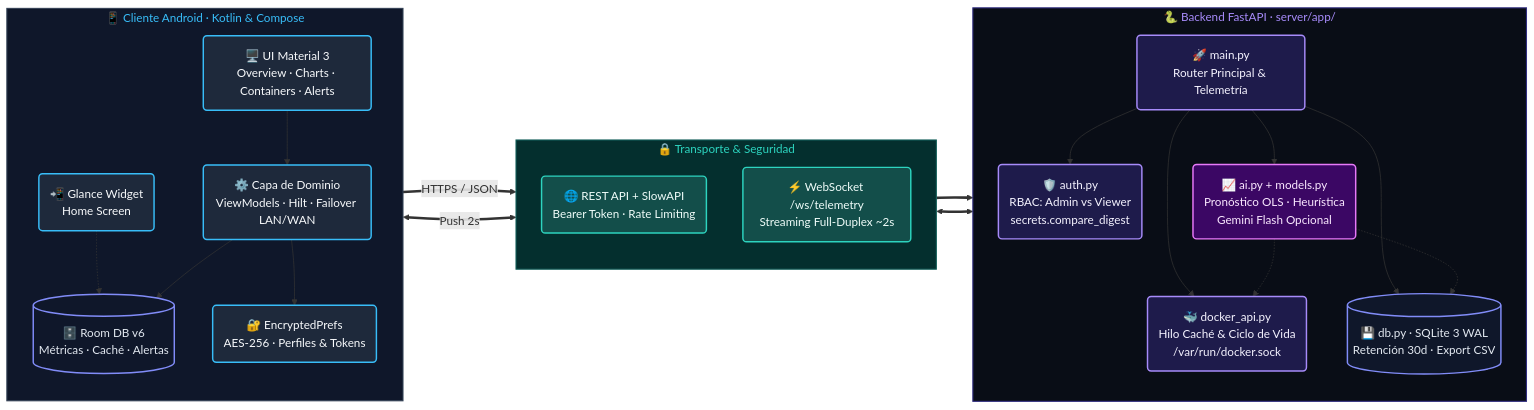
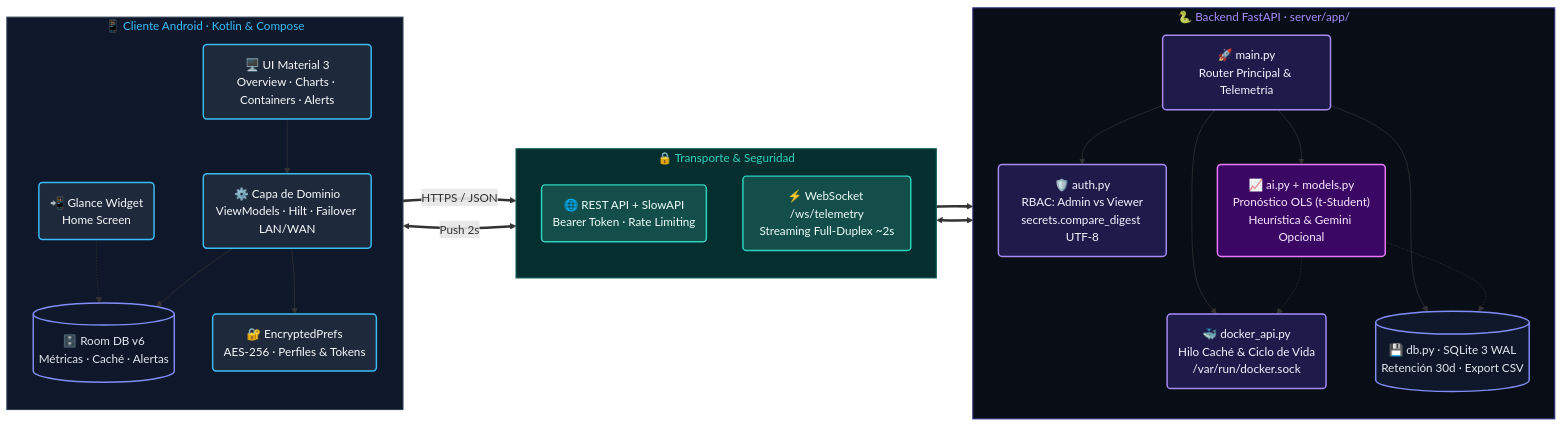
Before and after one commit to Rcarme/UdelaCiudad: the diagram in README.md, drawn with Mermaid. The commit also changed other lines of this file and 9 other files, not shown here.

Commit message:
fix(server): corregir bugs en auth/ai, aplicar t-Student y R2 en OLS, y agregar capturas en assets

````diff
--- a/README.md
+++ b/README.md
@@ -30,59 +47,59 @@
 ```mermaid
 flowchart LR
     subgraph ANDROID ["📱 Cliente Android · Kotlin & Compose"]
         direction TB
         UI("🖥️ UI Material 3<br/>Overview · Charts · Containers · Alerts")
         VM("⚙️ Capa de Dominio<br/>ViewModels · Hilt · Failover LAN/WAN")
         ROOM[("🗄️ Room DB v6<br/>Métricas · Caché · Alertas")]
         PREFS("🔐 EncryptedPrefs<br/>AES-256 · Perfiles & Tokens")
         WIDGET("📲 Glance Widget<br/>Home Screen")
 
         UI --> VM
         VM --> ROOM
         VM --> PREFS
         WIDGET -.-> ROOM
     end
 
     subgraph NET ["🔒 Transporte & Seguridad"]
         direction TB
         REST("🌐 REST API + SlowAPI<br/>Bearer Token · Rate Limiting")
         WS("⚡ WebSocket /ws/telemetry<br/>Streaming Full-Duplex ~2s")
     end
 
     subgraph SERVER ["🐍 Backend FastAPI · server/app/"]
         direction TB
         MAIN("🚀 main.py<br/>Router Principal & Telemetría")
-        AUTH("🛡️ auth.py<br/>RBAC: Admin vs Viewer<br/>secrets.compare_digest")
+        AUTH("🛡️ auth.py<br/>RBAC: Admin vs Viewer<br/>secrets.compare_digest UTF-8")
         DOCKER("🐳 docker_api.py<br/>Hilo Caché & Ciclo de Vida<br/>/var/run/docker.sock")
-        AI("📈 ai.py + models.py<br/>Pronóstico OLS · Heurística<br/>Gemini Flash Opcional")
+        AI("📈 ai.py + models.py<br/>Pronóstico OLS (t-Student)<br/>Heurística & Gemini Opcional")
         DB[("💾 db.py · SQLite 3 WAL<br/>Retención 30d · Export CSV")]
 
         MAIN --> AUTH
         MAIN --> DOCKER
         MAIN --> AI
         MAIN --> DB
         AI -.-> DB
         AI -.-> DOCKER
     end
 
     VM ==>|HTTPS / JSON| REST
     VM <==>|Push 2s| WS
     REST ==> MAIN
     WS <==> MAIN
 
     classDef client fill:#1e293b,stroke:#38bdf8,stroke-width:2px,color:#f8fafc
     classDef storage fill:#0f172a,stroke:#818cf8,stroke-width:2px,color:#e2e8f0
     classDef transport fill:#134e4a,stroke:#2dd4bf,stroke-width:2px,color:#f0fdfa
     classDef backend fill:#1e1b4b,stroke:#a78bfa,stroke-width:2px,color:#f5f3ff
     classDef aiNode fill:#3b0764,stroke:#e879f9,stroke-width:2px,color:#fae8ff
 
     class UI,VM,PREFS,WIDGET client
     class ROOM,DB storage
     class REST,WS transport
     class MAIN,AUTH,DOCKER backend
     class AI aiNode
 
     style ANDROID fill:#0f172a,stroke:#334155,stroke-width:1.5px,color:#38bdf8
     style NET fill:#042f2e,stroke:#115e59,stroke-width:1.5px,color:#2dd4bf
     style SERVER fill:#090d16,stroke:#312e81,stroke-width:1.5px,color:#a78bfa
 ```
````
